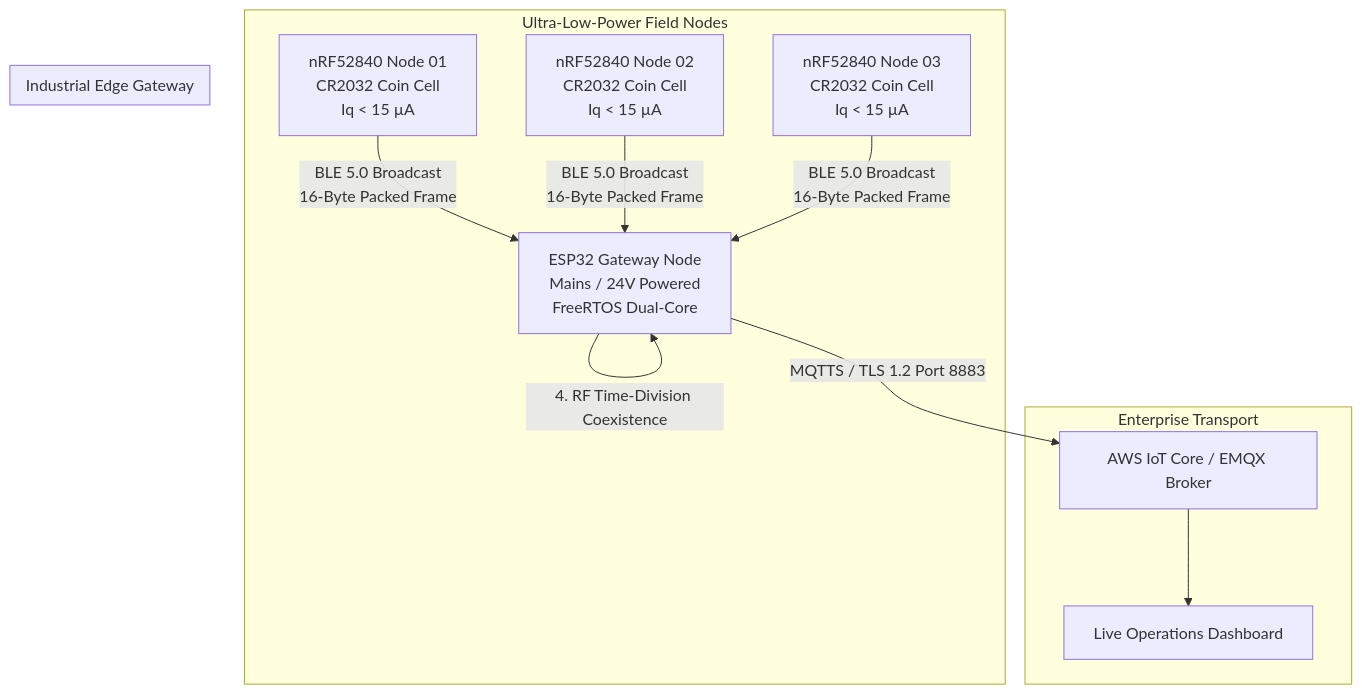
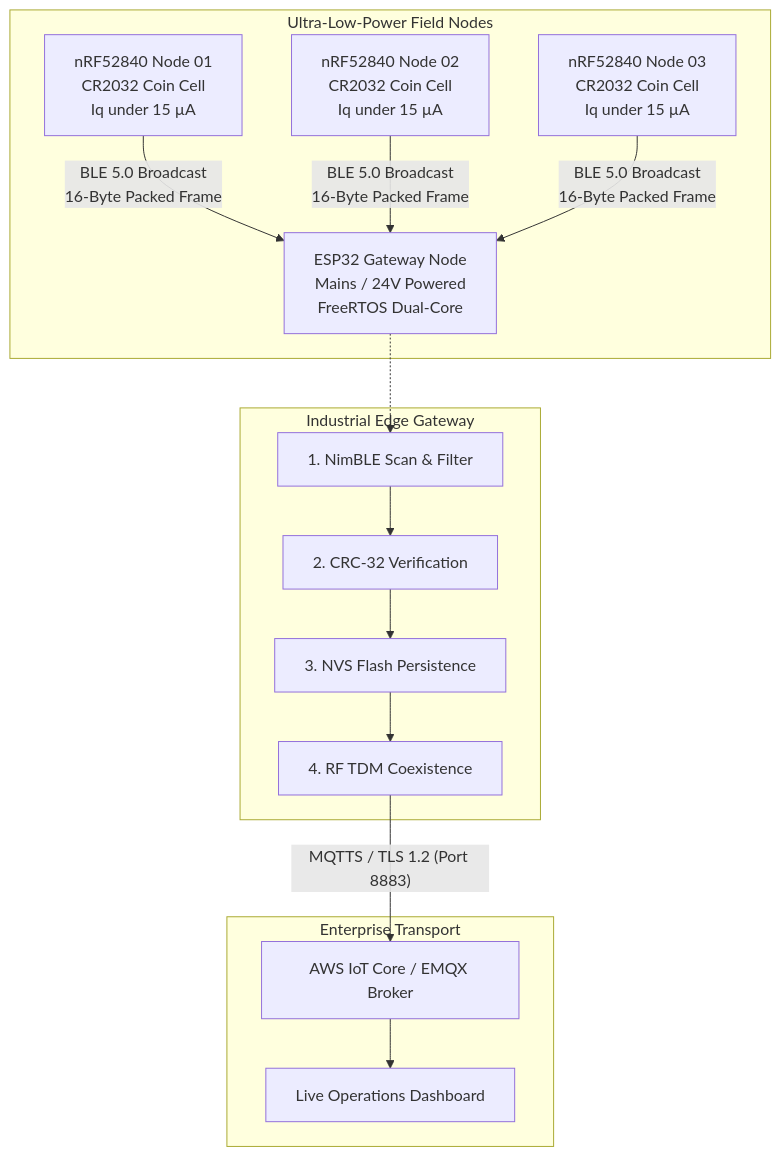
The diagram in docs/ARCHITECTURE.md (kadirmercan00/nrf52-esp32-ble-iot-network), drawn with Mermaid before and after one commit. The commit also changed 1 other file, not shown here.

Commit message:
fix(docs): fix mermaid diagram syntax for GitHub parser

````diff
--- a/docs/ARCHITECTURE.md
+++ b/docs/ARCHITECTURE.md
@@ -9,21 +9,19 @@
 ```mermaid
-graph TD
-    subgraph BatteryNodes [Ultra-Low-Power Field Nodes]
-        N1[nRF52840 Node 01<br/>CR2032 Coin Cell<br/>Iq < 15 µA] -->|BLE 5.0 Broadcast<br/>16-Byte Packed Frame| GW
-        N2[nRF52840 Node 02<br/>CR2032 Coin Cell<br/>Iq < 15 µA] -->|BLE 5.0 Broadcast<br/>16-Byte Packed Frame| GW
-        N3[nRF52840 Node 03<br/>CR2032 Coin Cell<br/>Iq < 15 µA] -->|BLE 5.0 Broadcast<br/>16-Byte Packed Frame| GW
+flowchart TD
+    subgraph BatteryNodes ["Ultra-Low-Power Field Nodes"]
+        N1["nRF52840 Node 01<br/>CR2032 Coin Cell<br/>Iq under 15 µA"] -->|"BLE 5.0 Broadcast<br/>16-Byte Packed Frame"| GW
+        N2["nRF52840 Node 02<br/>CR2032 Coin Cell<br/>Iq under 15 µA"] -->|"BLE 5.0 Broadcast<br/>16-Byte Packed Frame"| GW
+        N3["nRF52840 Node 03<br/>CR2032 Coin Cell<br/>Iq under 15 µA"] -->|"BLE 5.0 Broadcast<br/>16-Byte Packed Frame"| GW
     end
 
-    subgraph EdgeGateway [Industrial Edge Gateway]
-        GW[ESP32 Gateway Node<br/>Mains / 24V Powered<br/>FreeRTOS Dual-Core]
-        GW -->|1. NimBLE Scan & Filter| GW
-        GW -->|2. CRC-32 Frame Verification| GW
-        GW -->|3. NVS Flash Persistence| GW
-        GW -->|4. RF Time-Division Coexistence| GW
+    subgraph EdgeGateway ["Industrial Edge Gateway"]
+        GW["ESP32 Gateway Node<br/>Mains / 24V Powered<br/>FreeRTOS Dual-Core"]
+        P1["1. NimBLE Scan & Filter"] --> P2["2. CRC-32 Verification"] --> P3["3. NVS Flash Persistence"] --> P4["4. RF TDM Coexistence"]
+        GW -.-> P1
     end
 
-    subgraph CloudMQTT [Enterprise Transport]
-        GW -->|MQTTS / TLS 1.2 Port 8883| BROKER[AWS IoT Core / EMQX Broker]
-        BROKER --> DASH[Live Operations Dashboard]
+    subgraph CloudMQTT ["Enterprise Transport"]
+        P4 -->|"MQTTS / TLS 1.2 (Port 8883)"| BROKER["AWS IoT Core / EMQX Broker"]
+        BROKER --> DASH["Live Operations Dashboard"]
     end
 ```
````
